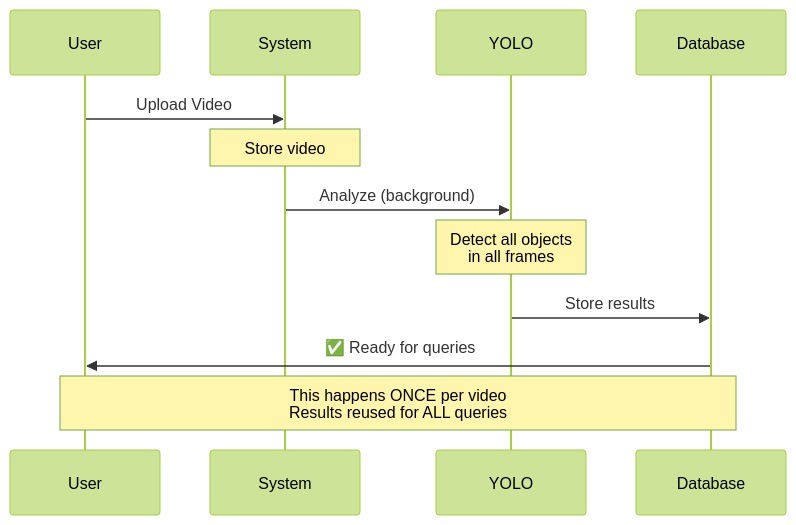
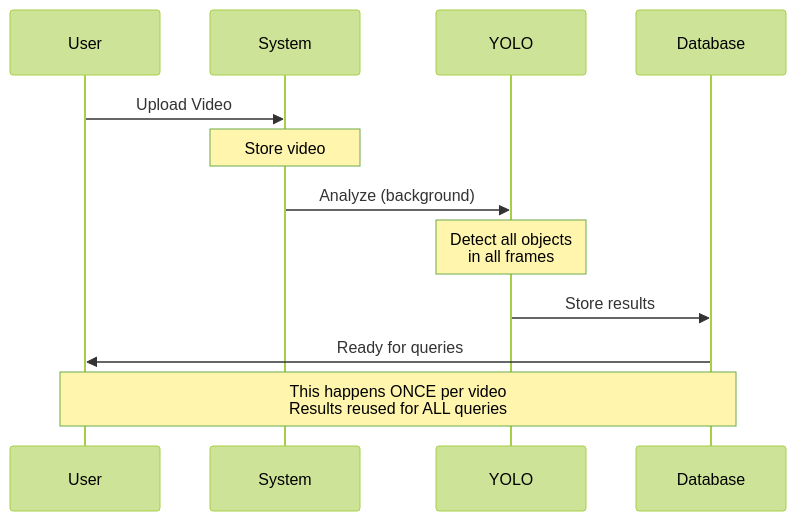
Before and after one commit to Omenranr/rag-video: the fourth of 35 diagrams in README.md, drawn with Mermaid (forest theme). The commit also changed other lines of this file, not shown here.

````diff
--- a/README.md
+++ b/README.md
@@ -125,16 +125,16 @@
 ```mermaid
 sequenceDiagram
     participant User
     participant System
     participant YOLO
     participant Database
     
     User->>System: Upload Video
     Note over System: Store video
     System->>YOLO: Analyze (background)
     Note over YOLO: Detect all objects<br/>in all frames
     YOLO->>Database: Store results
-    Database->>User: ✅ Ready for queries
+    Database->>User: Ready for queries
     
     Note over User,Database: This happens ONCE per video<br/>Results reused for ALL queries
 ```
````
